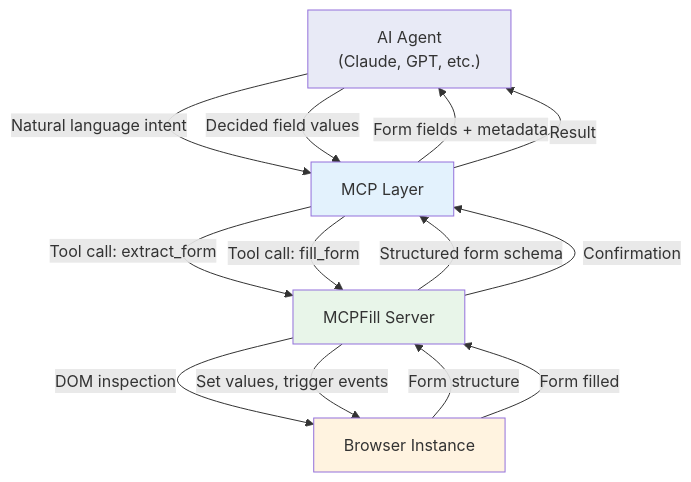
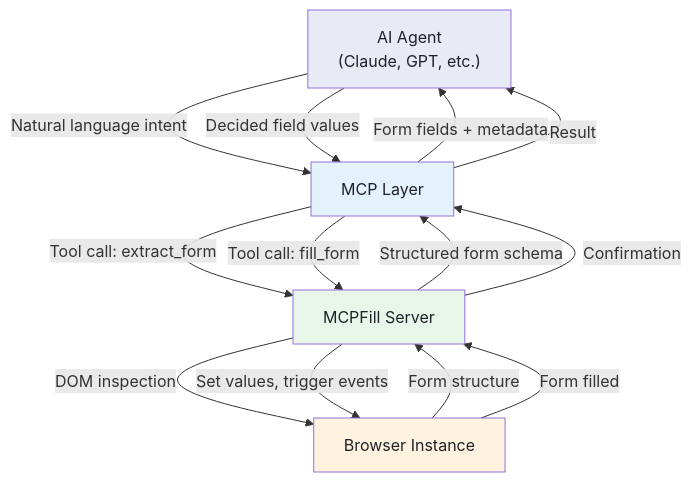
One commit to bytetunnels/bytetunnels.github.com changed the first of 4 diagrams in _posts/2026-02-12-mcpfill-auto-filling-forms-model-context-protocol.md. Above: the diagram before and after it, drawn with Mermaid. The commit also changed other lines of this file and 118 other files, not shown here.

Commit message:
feat: improve diagram styling and compact wide flowcharts

````diff
--- a/_posts/2026-02-12-mcpfill-auto-filling-forms-model-context-protocol.md
+++ b/_posts/2026-02-12-mcpfill-auto-filling-forms-model-context-protocol.md
@@ -23,20 +23,20 @@
 ```mermaid
 flowchart TD
     A["AI Agent<br>(Claude, GPT, etc.)"] -->|"Natural language intent"| B["MCP Layer"]
     B -->|"Tool call: extract_form"| C["MCPFill Server"]
     C -->|"DOM inspection"| D["Browser Instance"]
     D -->|"Form structure"| C
     C -->|"Structured form schema"| B
     B -->|"Form fields + metadata"| A
     A -->|"Decided field values"| B
     B -->|"Tool call: fill_form"| C
     C -->|"Set values, trigger events"| D
     D -->|"Form filled"| C
     C -->|"Confirmation"| B
     B -->|"Result"| A
 
-    style A fill:#e8eaf6
-    style B fill:#e3f2fd
-    style C fill:#e8f5e9
-    style D fill:#fff3e0
+    style A fill:#e8eaf6,color:#1f2328
+    style B fill:#e3f2fd,color:#1f2328
+    style C fill:#e8f5e9,color:#1f2328
+    style D fill:#fff3e0,color:#1f2328
 ```
````
